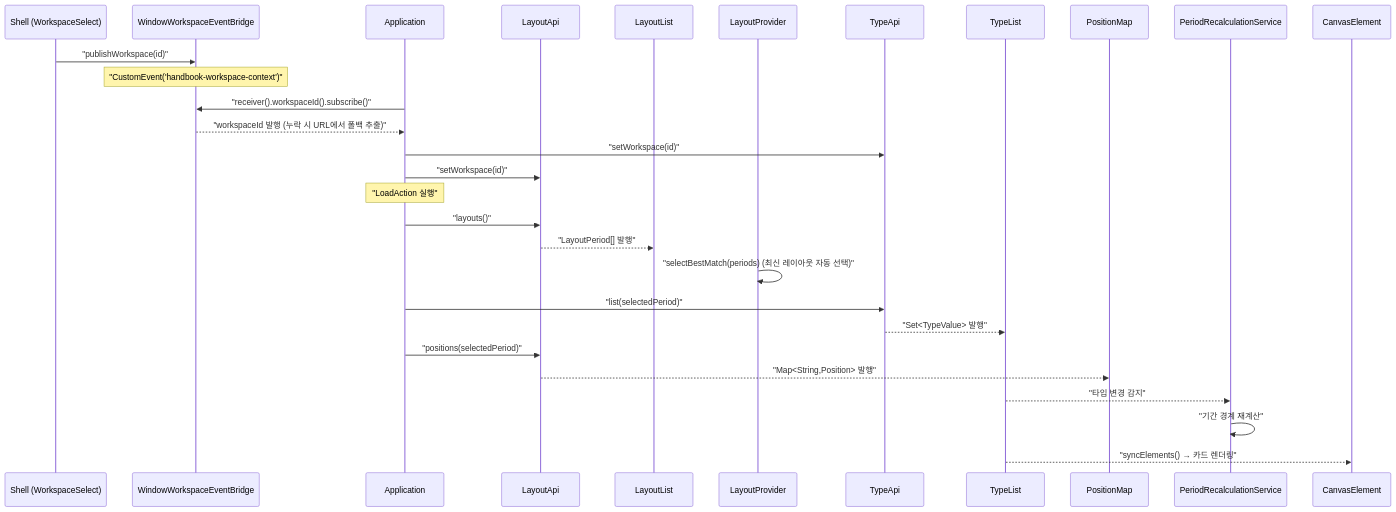
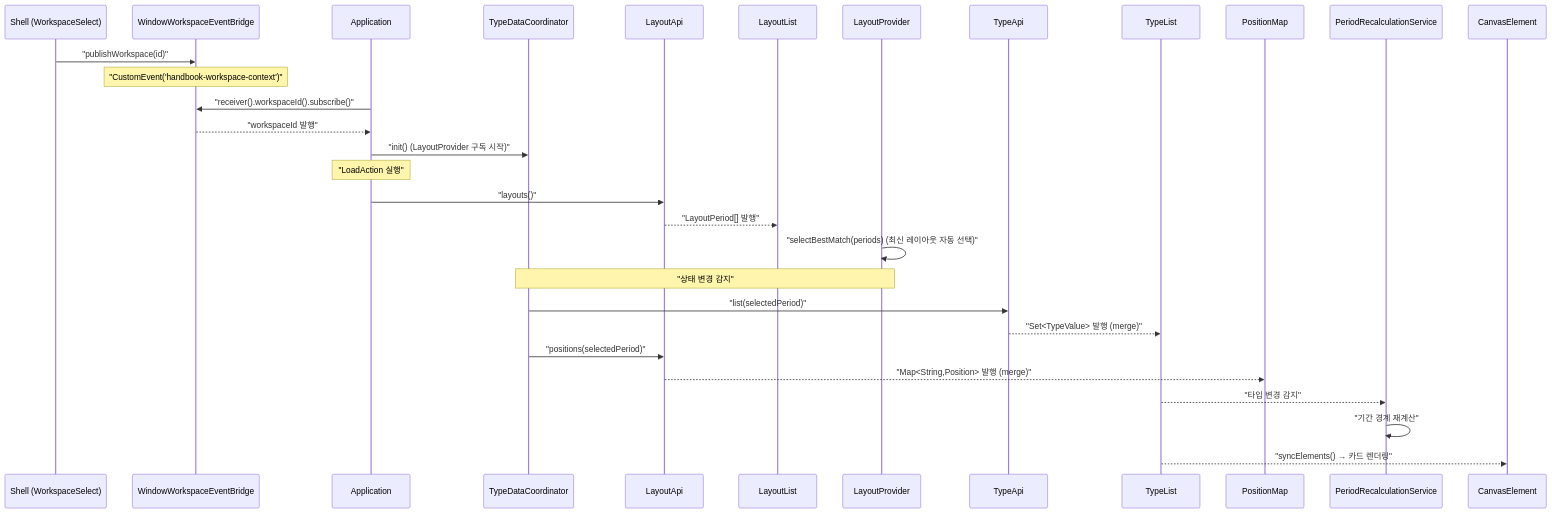
Before and after one commit to sayaya1090/handbook: the sixth of 17 diagrams in type-ui/USECASE.md, drawn with Mermaid. The commit also changed other lines of this file and 18 other files, not shown here.

````diff
--- a/type-ui/USECASE.md
+++ b/type-ui/USECASE.md
@@ -137,36 +137,38 @@
 ```mermaid
 sequenceDiagram
     participant Shell as Shell (WorkspaceSelect)
     participant Bridge as WindowWorkspaceEventBridge
     participant App as Application
+    participant DC as TypeDataCoordinator
     participant LA as LayoutApi
     participant LL as LayoutList
     participant LP as LayoutProvider
     participant TA as TypeApi
     participant TL as TypeList
     participant PM as PositionMap
     participant PRS as PeriodRecalculationService
     participant Canvas as CanvasElement
 
     Shell->>Bridge: "publishWorkspace(id)"
     Note over Bridge: "CustomEvent('handbook-workspace-context')"
     
     App->>Bridge: "receiver().workspaceId().subscribe()"
-    Bridge-->>App: "workspaceId 발행 (누락 시 URL에서 폴백 추출)"
+    Bridge-->>App: "workspaceId 발행"
     
-    App->>TA: "setWorkspace(id)"
-    App->>LA: "setWorkspace(id)"
+    App->>DC: "init() (LayoutProvider 구독 시작)"
     
     Note over App: "LoadAction 실행"
     App->>LA: "layouts()"
     LA-->>LL: "LayoutPeriod[] 발행"
     LP->>LP: "selectBestMatch(periods) (최신 레이아웃 자동 선택)"
-    App->>TA: "list(selectedPeriod)"
-    TA-->>TL: "Set<TypeValue> 발행"
-    App->>LA: "positions(selectedPeriod)"
-    LA-->>PM: "Map<String,Position> 발행"
+    
+    Note over LP,DC: "상태 변경 감지"
+    DC->>TA: "list(selectedPeriod)"
+    TA-->>TL: "Set<TypeValue> 발행 (merge)"
+    DC->>LA: "positions(selectedPeriod)"
+    LA-->>PM: "Map<String,Position> 발행 (merge)"
     
     TL-->>PRS: "타입 변경 감지"
     PRS->>PRS: "기간 경계 재계산"
     TL-->>Canvas: "syncElements() → 카드 렌더링"
 ```
````
